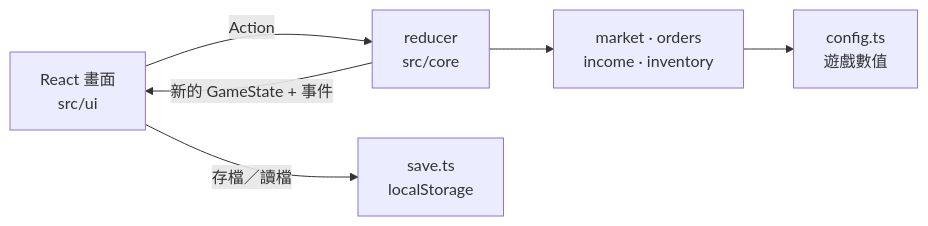
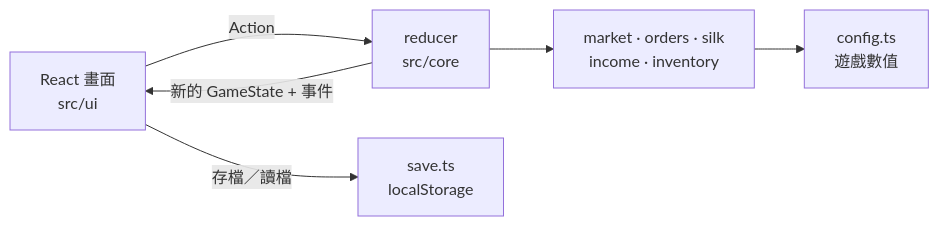
Before and after one commit to howhowC/shop-sim: the diagram in README.zh-TW.md, drawn with Mermaid. The commit also changed other lines of this file and 1 other file, not shown here.

````diff
--- a/README.zh-TW.md
+++ b/README.zh-TW.md
@@ -29,8 +41,8 @@
 ```mermaid
 flowchart LR
   UI["React 畫面<br/>src/ui"] -- "Action" --> R["reducer<br/>src/core"]
   R -- "新的 GameState + 事件" --> UI
   UI -- "存檔／讀檔" --> S["save.ts<br/>localStorage"]
-  R --> M["market · orders<br/>income · inventory"]
+  R --> M["market · orders · silk<br/>income · inventory"]
   M --> C["config.ts<br/>遊戲數值"]
 ```
````
